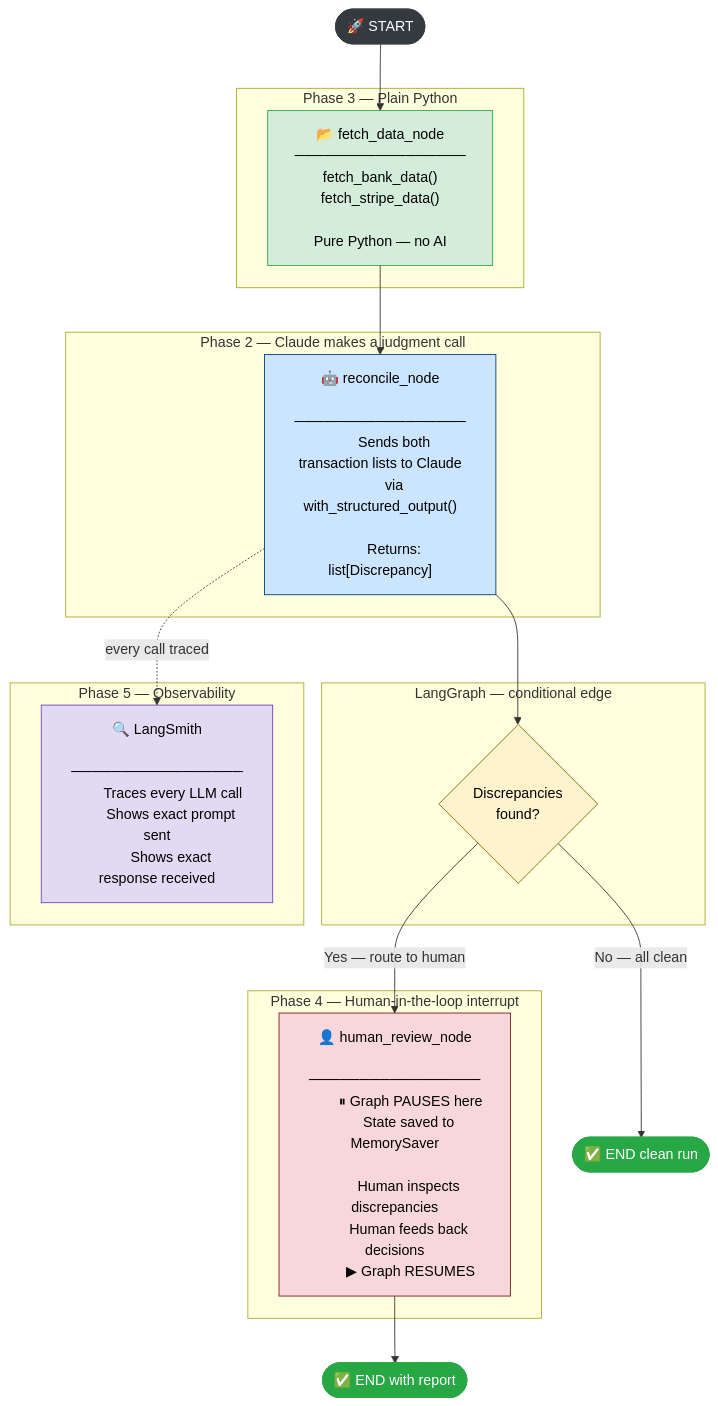
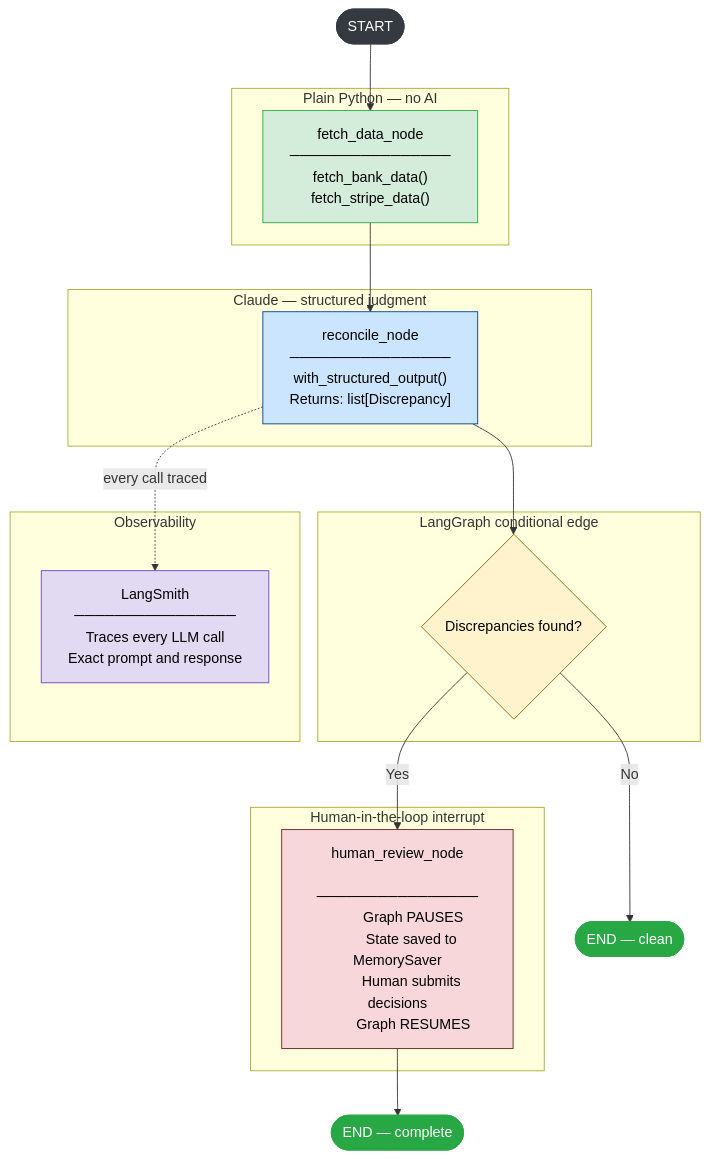
The diagram in README.md (abhinayreddy555/AuditAgent), drawn with Mermaid before and after one commit. The commit also changed other lines of this file, not shown here.

````diff
--- a/README.md
+++ b/README.md
@@ -132,66 +60,58 @@
 ```mermaid
 flowchart TD
-    START([🚀 START]) --> FD
+    START([START]) --> FD
 
-    subgraph P3["Phase 3 — Plain Python"]
-        FD["📂 fetch_data_node
-        ─────────────────
+    subgraph P3["Plain Python — no AI"]
+        FD["fetch_data_node
+        ────────────────
         fetch_bank_data()
-        fetch_stripe_data()
-
-        Pure Python — no AI"]
+        fetch_stripe_data()"]
     end
 
     FD --> RN
 
-    subgraph P2["Phase 2 — Claude makes a judgment call"]
-        RN["🤖 reconcile_node
-        ─────────────────
-        Sends both transaction lists to Claude
-        via with_structured_output()
-
+    subgraph P2["Claude — structured judgment"]
+        RN["reconcile_node
+        ────────────────
+        with_structured_output()
         Returns: list[Discrepancy]"]
     end
 
     RN --> CE
 
-    subgraph ROUTING["LangGraph — conditional edge"]
-        CE{"Discrepancies
-        found?"}
+    subgraph ROUTING["LangGraph conditional edge"]
+        CE{"Discrepancies found?"}
     end
 
-    CE -->|"Yes — route to human"| HR
-    CE -->|"No — all clean"| END_CLEAN([✅ END  clean run])
+    CE -->|Yes| HR
+    CE -->|No| END_CLEAN([END — clean])
 
-    subgraph P4["Phase 4 — Human-in-the-loop interrupt"]
-        HR["👤 human_review_node
-        ─────────────────
-        ⏸ Graph PAUSES here
+    subgraph P4["Human-in-the-loop interrupt"]
+        HR["human_review_node
+        ────────────────
+        Graph PAUSES
         State saved to MemorySaver
-
-        Human inspects discrepancies
-        Human feeds back decisions
-        ▶ Graph RESUMES"]
+        Human submits decisions
+        Graph RESUMES"]
     end
 
-    HR --> END_DONE([✅ END  with report])
+    HR --> END_DONE([END — complete])
 
-    subgraph P5["Phase 5 — Observability"]
-        LS["🔍 LangSmith
-        ─────────────────
+    subgraph P5["Observability"]
+        LS["LangSmith
+        ────────────────
         Traces every LLM call
-        Shows exact prompt sent
-        Shows exact response received"]
+        Exact prompt and response"]
     end
 
-    RN -.->|"every call traced"| LS
+    RN -.->|every call traced| LS
 
     style FD        fill:#d4edda,stroke:#28a745,color:#000
     style RN        fill:#cce5ff,stroke:#004085,color:#000
     style CE        fill:#fff3cd,stroke:#856404,color:#000
     style HR        fill:#f8d7da,stroke:#721c24,color:#000
     style LS        fill:#e2d9f3,stroke:#6f42c1,color:#000
     style START     fill:#343a40,color:#fff,stroke:#343a40
     style END_CLEAN fill:#28a745,color:#fff,stroke:#28a745
     style END_DONE  fill:#28a745,color:#fff,stroke:#28a745
 ```
````
